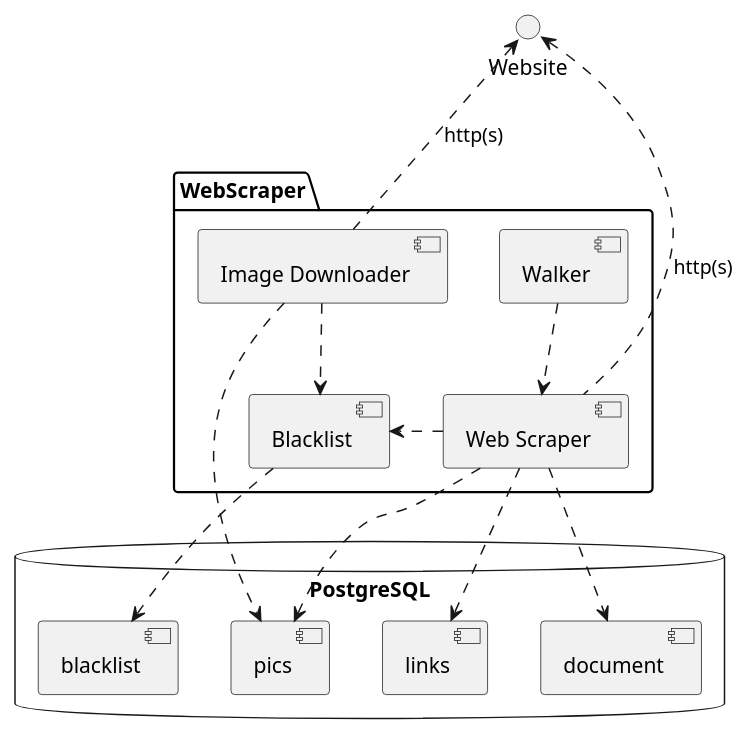
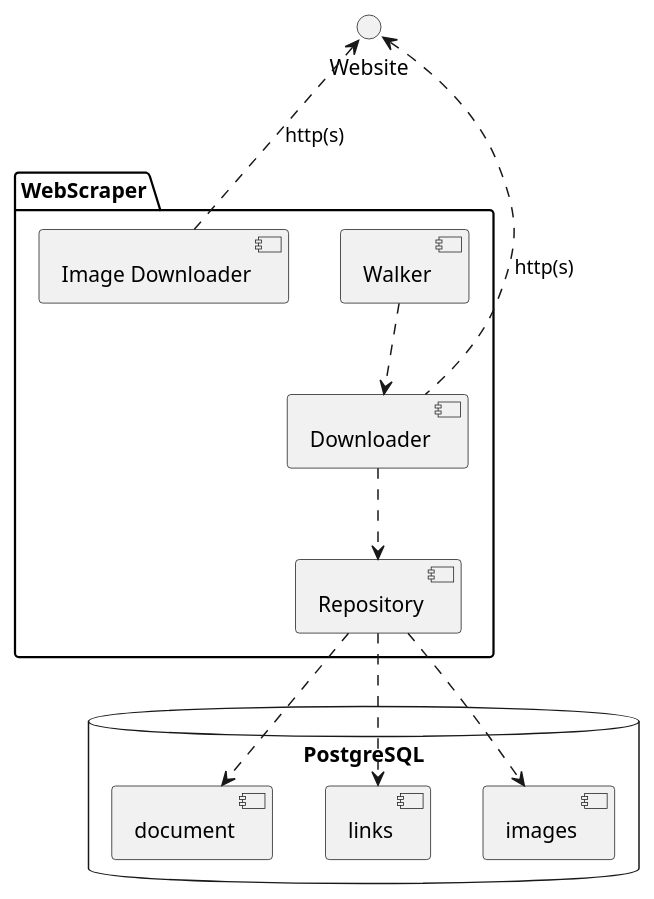
One commit to jdufner/WebScraper changed the diagram in WebScraper Components.puml. Above: the diagram before and after it, drawn with PlantUML. The commit also changed 5 other files, not shown here.

```diff
--- a/WebScraper Components.puml
+++ b/WebScraper Components.puml
@@ -1,31 +1,26 @@
 @startuml
 
 package "WebScraper" {
     [Walker] as w
-    [Web Scraper] as ws
-    [Blacklist] as bl
+    [Downloader] as ws
     [Image Downloader] as id
+    [Repository] as r
 }
 
 w ..> ws
-ws .> bl
-id ..> bl
+ws ..> r
 'ws -> id
 Website <.. ws: http(s)
 Website <.. id: http(s)
 
 database "PostgreSQL" {
     [document]
     [links]
-    [pics]
-    [blacklist]
+    [images]
 }
 
-ws ..> [document]
-ws ..> [links]
-ws ..> [pics]
-bl ..> [blacklist]
-id ..> [pics]
-'id ..> [blacklist]
+r ..> [document]
+r ..> [links]
+r ..> [images]
 
 @enduml
```
